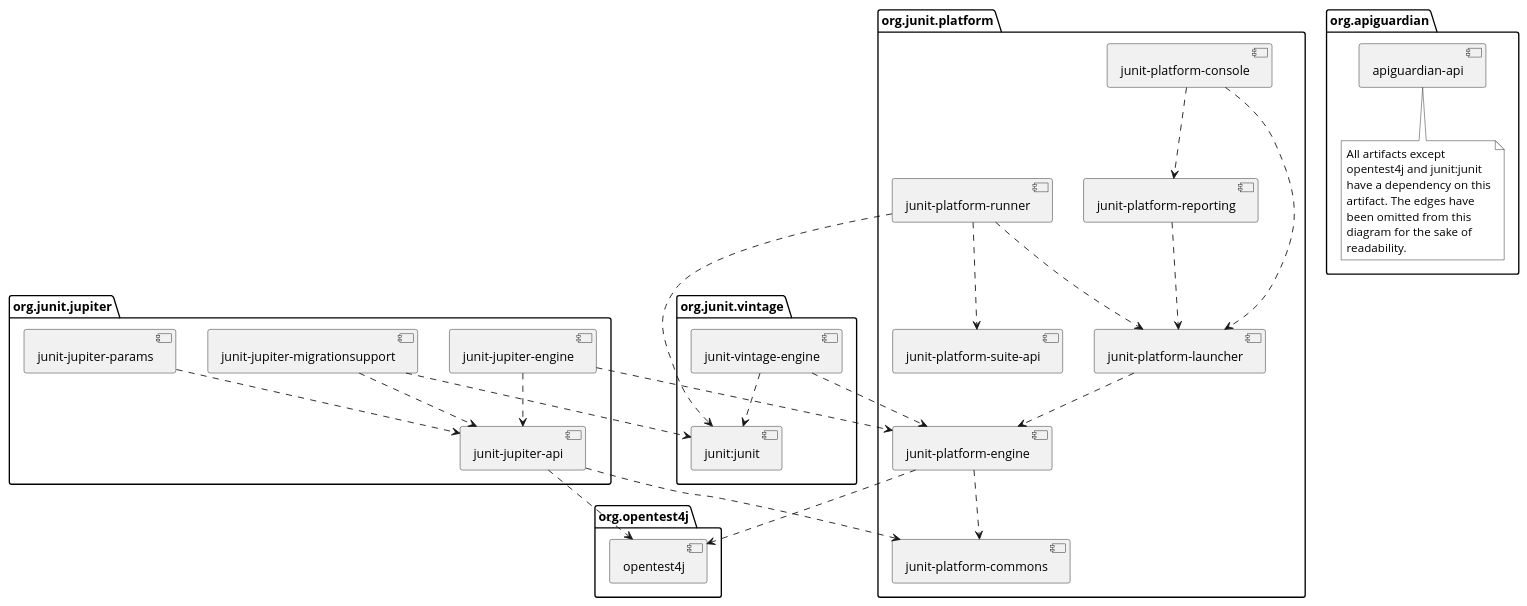
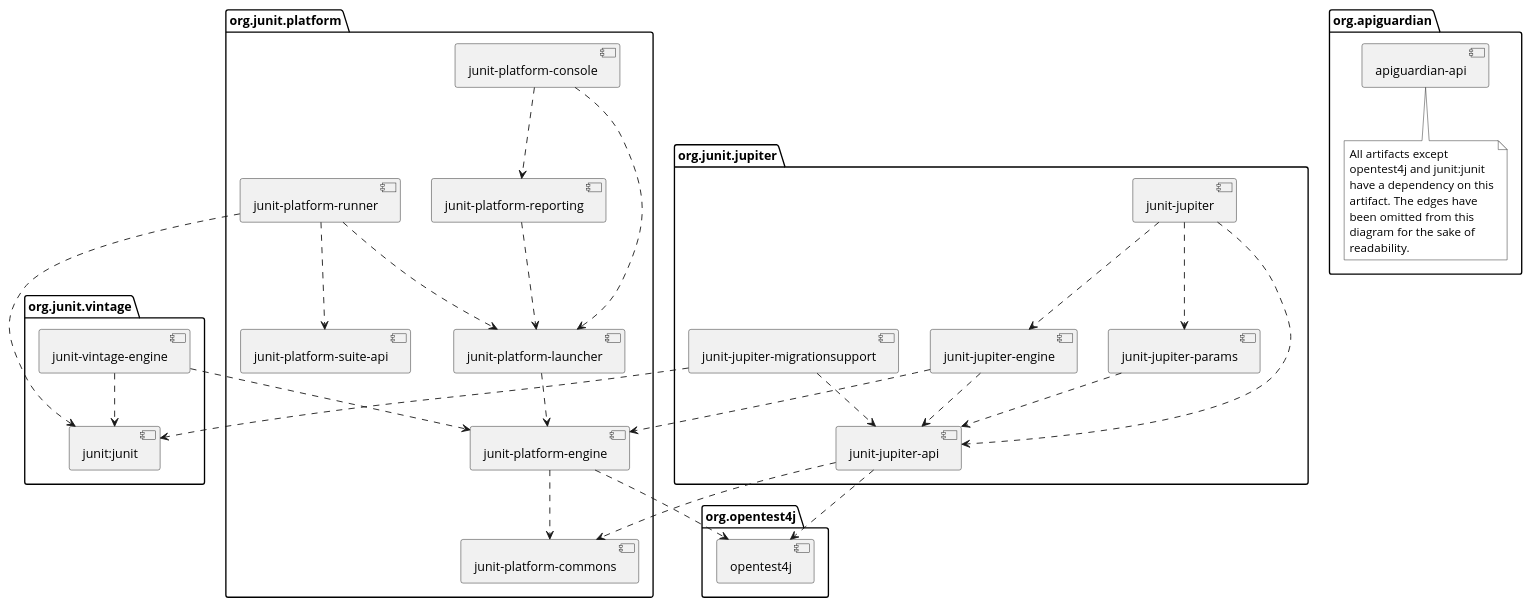
Before and after one commit to junit-team/junit5: the diagram in documentation/src/docs/asciidoc/user-guide/appendix.adoc, drawn with PlantUML. The commit also changed other lines of this file and 2 other files, not shown here.

Commit message:
Document 'junit-jupiter' module

```diff
--- a/documentation/src/docs/asciidoc/user-guide/appendix.adoc
+++ b/documentation/src/docs/asciidoc/user-guide/appendix.adoc
@@ -102,72 +106,77 @@
 [plantuml, component-diagram, svg]
 ----
 skinparam {
     defaultFontName Open Sans
 }
 
 package org.junit.jupiter {
+    [junit-jupiter] as jupiter
     [junit-jupiter-api] as jupiter_api
     [junit-jupiter-engine] as jupiter_engine
     [junit-jupiter-params] as jupiter_params
     [junit-jupiter-migrationsupport] as jupiter_migration_support
 }
 
 package org.junit.vintage {
     [junit-vintage-engine] as vintage_engine
     [junit:junit] as junit4
 }
 
 package org.junit.platform {
     [junit-platform-commons] as commons
     [junit-platform-console] as console
     [junit-platform-engine] as engine
     [junit-platform-launcher] as launcher
     [junit-platform-reporting] as reporting
     [junit-platform-runner] as runner
     [junit-platform-suite-api] as suite_api
 }
 
 package org.opentest4j {
     [opentest4j]
 }
 
 package org.apiguardian {
     [apiguardian-api] as apiguardian
     note bottom of apiguardian #white
         All artifacts except
         opentest4j and junit:junit
         have a dependency on this
         artifact. The edges have
         been omitted from this
         diagram for the sake of
         readability.
     endnote
 }
 
+jupiter ..> jupiter_api
+jupiter ..> jupiter_params
+jupiter ..> jupiter_engine
+
 jupiter_api ..> opentest4j
 jupiter_api ..> commons
 
 jupiter_engine ..> engine
 jupiter_engine ..> jupiter_api
 
 jupiter_params ..> jupiter_api
 jupiter_migration_support ..> jupiter_api
 jupiter_migration_support ..> junit4
 
 console ..> launcher
 console ..> reporting
 
 launcher ..> engine
 
 engine ..> opentest4j
 engine ..> commons
 
 reporting ..> launcher
 
 runner ..> launcher
 runner ..> suite_api
 runner ..> junit4
 
 vintage_engine ..> engine
 vintage_engine ..> junit4
 ----
```
